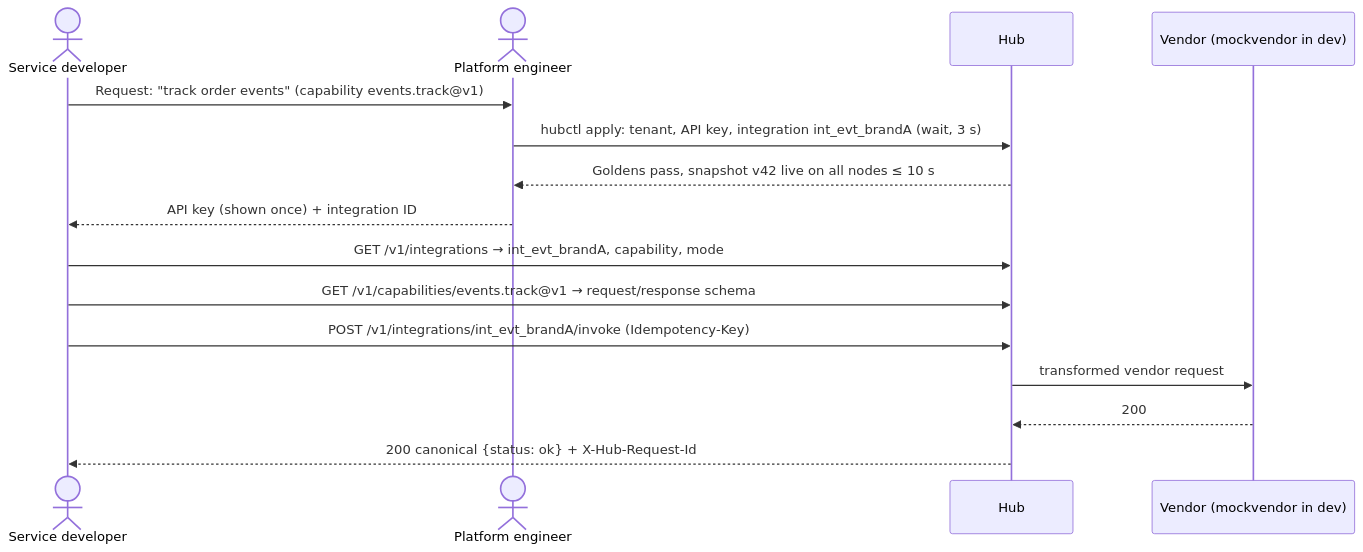
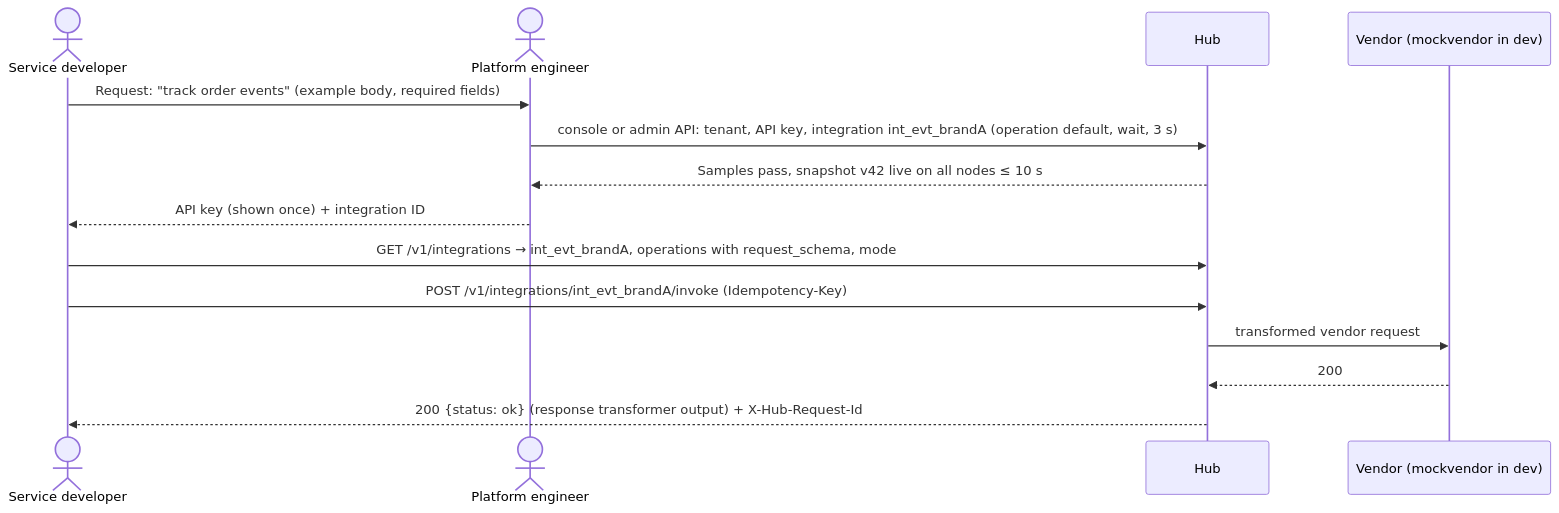
One commit to Donquixot-Doflamingo/integration-hub changed the first of 2 diagrams in docs/product/USER_STORIES.md. Above: the diagram before and after it, drawn with Mermaid. The commit also changed other lines of this file and 5 other files, not shown here.

First line of the commit message:
docs(product): Add F-23, US-2301 to US-2313 and PRD DV-7 for the schema registry (HUB-437)

````diff
--- a/docs/product/USER_STORIES.md
+++ b/docs/product/USER_STORIES.md
@@ -14,17 +14,16 @@
 ```mermaid
 sequenceDiagram
   actor Dev as Service developer
   actor Plat as Platform engineer
   participant Hub
   participant V as Vendor (mockvendor in dev)
-  Dev->>Plat: Request: "track order events" (capability events.track@v1)
-  Plat->>Hub: hubctl apply: tenant, API key, integration int_evt_brandA (wait, 3 s)
-  Hub-->>Plat: Goldens pass, snapshot v42 live on all nodes ≤ 10 s
+  Dev->>Plat: Request: "track order events" (example body, required fields)
+  Plat->>Hub: console or admin API: tenant, API key, integration int_evt_brandA (operation default, wait, 3 s)
+  Hub-->>Plat: Samples pass, snapshot v42 live on all nodes ≤ 10 s
   Plat-->>Dev: API key (shown once) + integration ID
-  Dev->>Hub: GET /v1/integrations → int_evt_brandA, capability, mode
-  Dev->>Hub: GET /v1/capabilities/events.track@v1 → request/response schema
+  Dev->>Hub: GET /v1/integrations → int_evt_brandA, operations with request_schema, mode
   Dev->>Hub: POST /v1/integrations/int_evt_brandA/invoke (Idempotency-Key)
   Hub->>V: transformed vendor request
   V-->>Hub: 200
-  Hub-->>Dev: 200 canonical {status: ok} + X-Hub-Request-Id
+  Hub-->>Dev: 200 {status: ok} (response transformer output) + X-Hub-Request-Id
 ```
````
